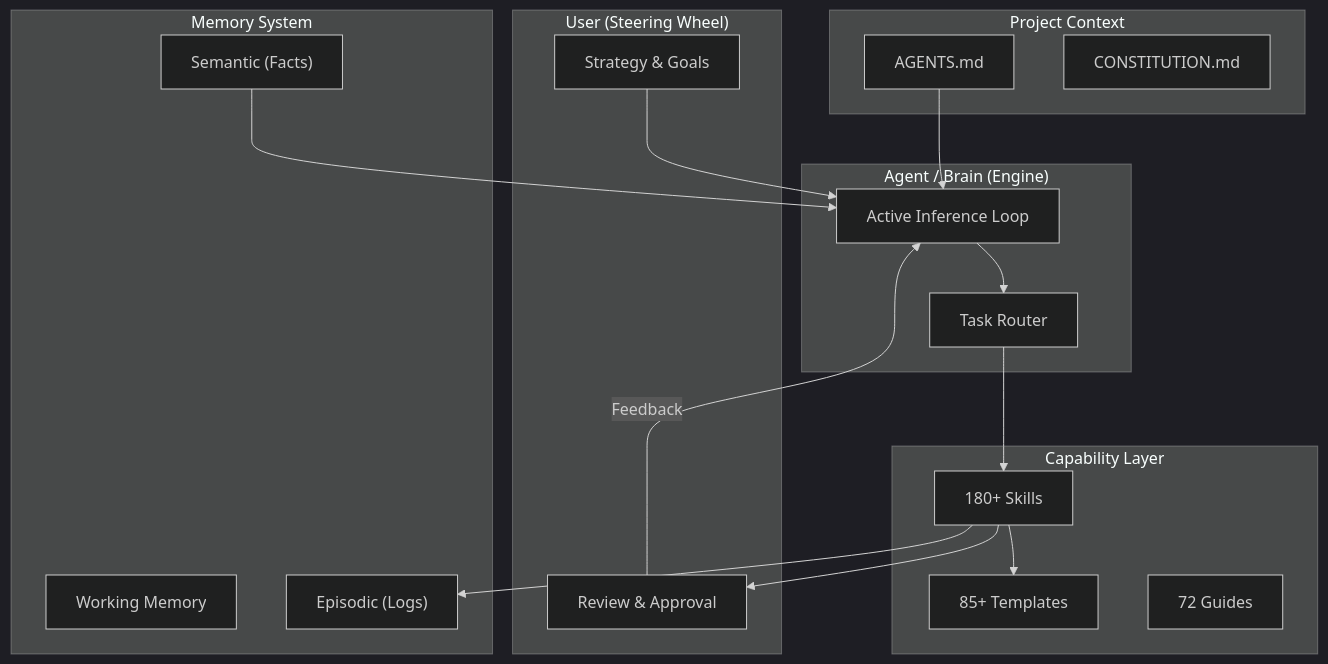
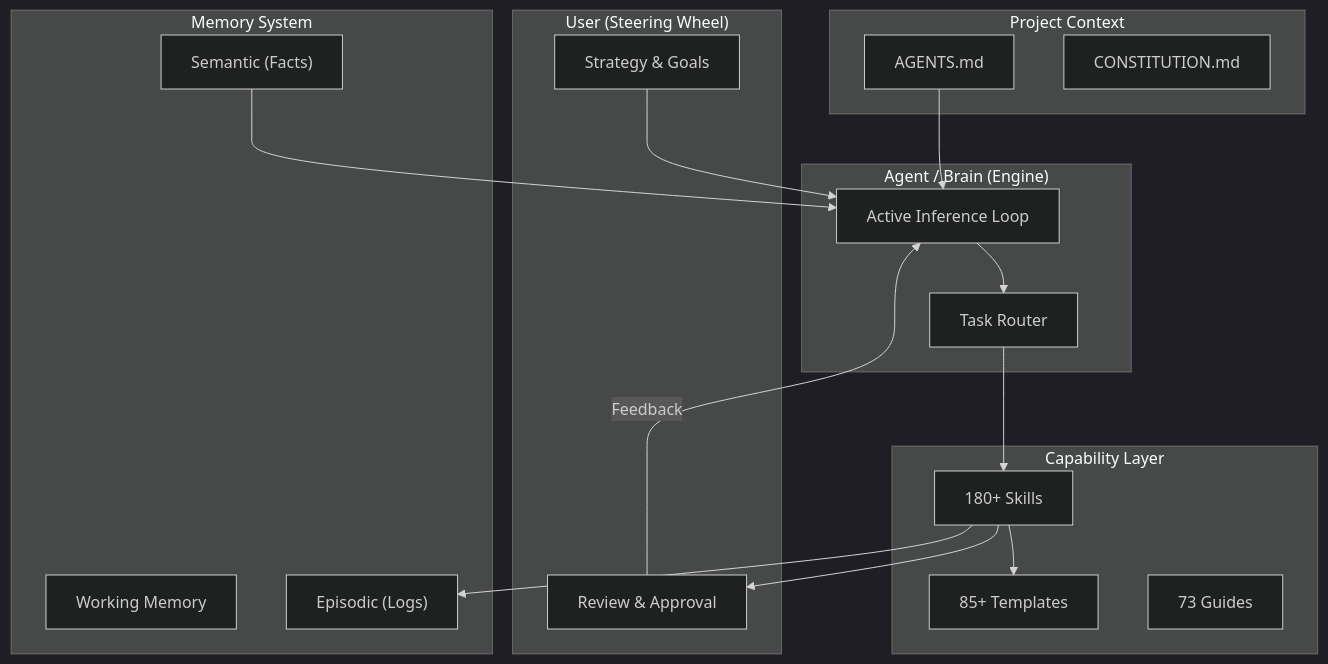
The second of 4 diagrams in README.md (andreibesleaga/GABBE), drawn with Mermaid (dark theme) before and after one commit. The commit also changed other lines of this file and 35 other files, not shown here.

````diff
--- a/README.md
+++ b/README.md
@@ -283,39 +283,39 @@
 ```mermaid
 graph TB
     subgraph Human ["User (Steering Wheel)"]
         H1[Strategy & Goals]
         H2[Review & Approval]
     end
 
     subgraph Agent ["Agent / Brain (Engine)"]
         B1[Active Inference Loop]
         B2[Task Router]
     end
 
     subgraph Context ["Project Context"]
         C1[AGENTS.md]
         C2[CONSTITUTION.md]
     end
 
     subgraph Tools ["Capability Layer"]
         S[180+ Skills]
         T[85+ Templates]
-        G[72 Guides]
+        G[73 Guides]
     end
 
     subgraph Memory ["Memory System"]
         M1[Working Memory]
         M2["Episodic (Logs)"]
         M3["Semantic (Facts)"]
     end
 
     H1 --> B1
     C1 --> B1
     B1 --> B2
     B2 --> S
     S --> T
     S --> M2
     M3 --> B1
     S --> H2
     H2 -- Feedback --> B1
 ```
````
